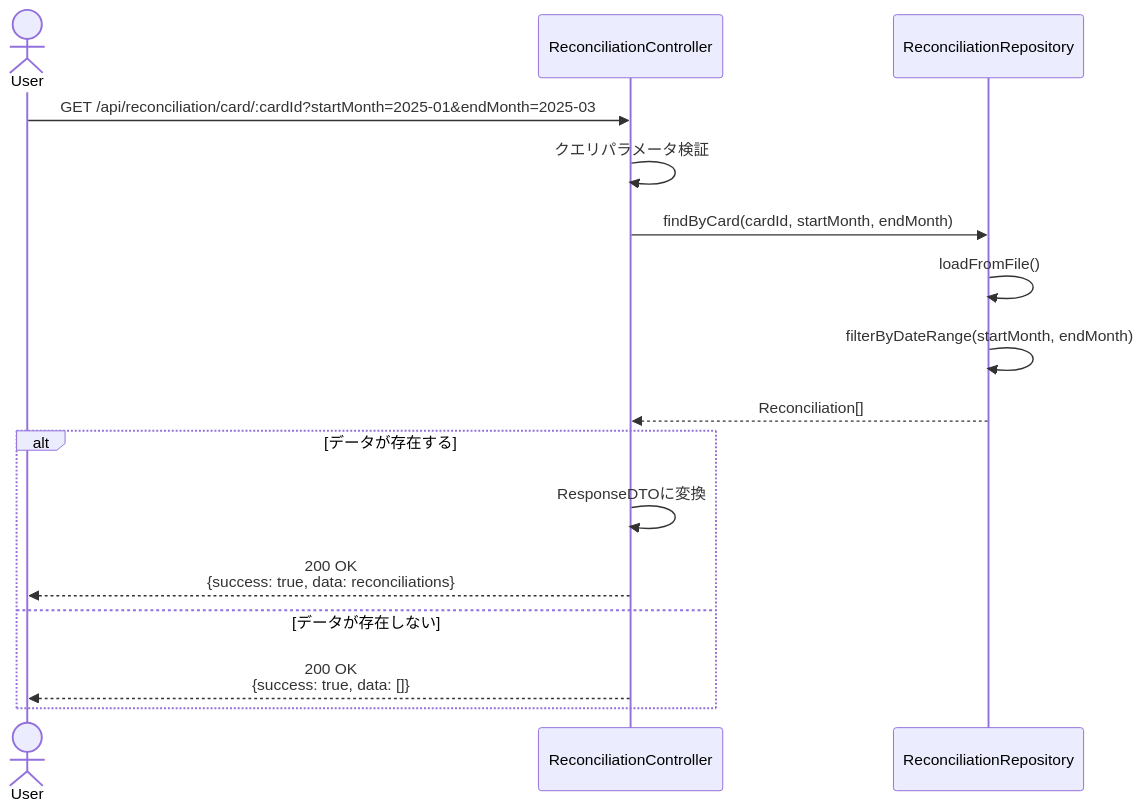
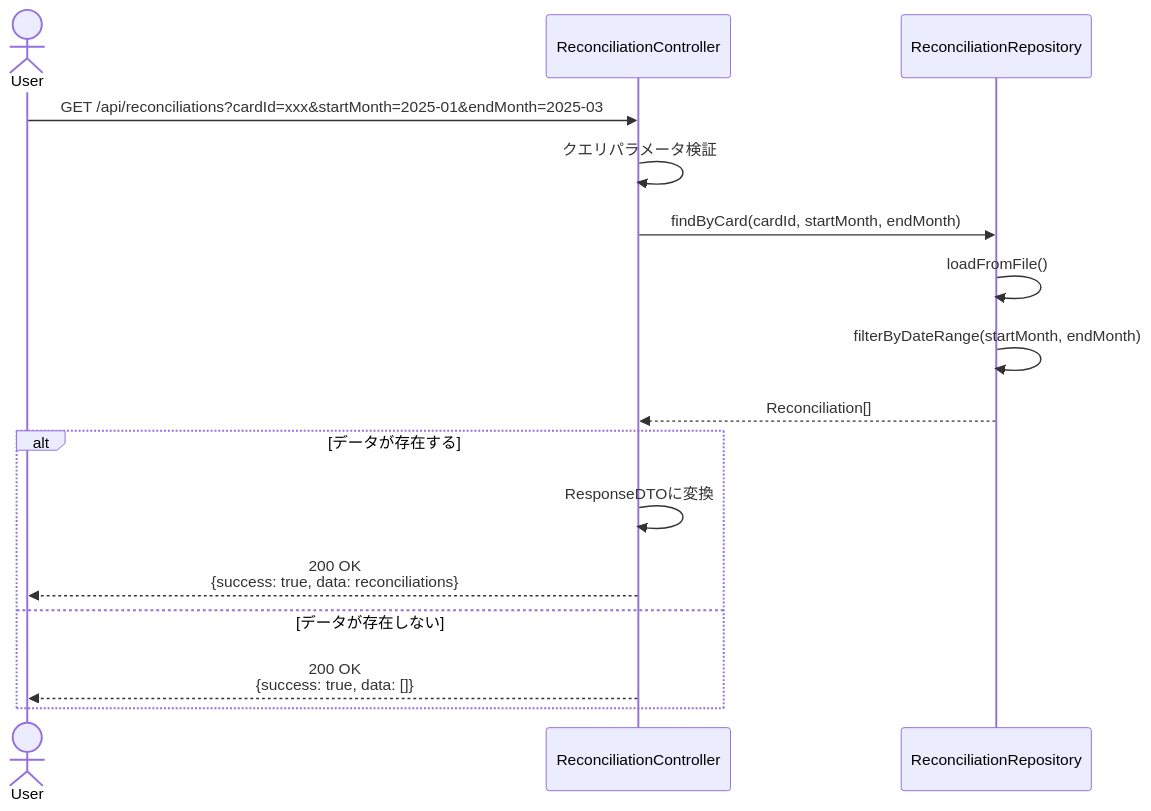
One commit to kencom2400/account-book changed the second of 10 diagrams in docs/detailed-design/FR-013_bank-withdrawal-reconciliation/sequence-diagrams.md. Above: the diagram before and after it, drawn with Mermaid. The commit also changed other lines of this file and 4 other files, not shown here.

````diff
--- a/docs/detailed-design/FR-013_bank-withdrawal-reconciliation/sequence-diagrams.md
+++ b/docs/detailed-design/FR-013_bank-withdrawal-reconciliation/sequence-diagrams.md
@@ -174,22 +171,22 @@
 ```mermaid
 sequenceDiagram
     actor User
     participant API as ReconciliationController
     participant RR as ReconciliationRepository
 
-    User->>API: GET /api/reconciliation/card/:cardId?startMonth=2025-01&endMonth=2025-03
+    User->>API: GET /api/reconciliations?cardId=xxx&startMonth=2025-01&endMonth=2025-03
 
     API->>API: クエリパラメータ検証
 
     API->>RR: findByCard(cardId, startMonth, endMonth)
     RR->>RR: loadFromFile()
     RR->>RR: filterByDateRange(startMonth, endMonth)
     RR-->>API: Reconciliation[]
 
     alt データが存在する
         API->>API: ResponseDTOに変換
         API-->>User: 200 OK<br/>{success: true, data: reconciliations}
     else データが存在しない
         API-->>User: 200 OK<br/>{success: true, data: []}
     end
 ```
````
